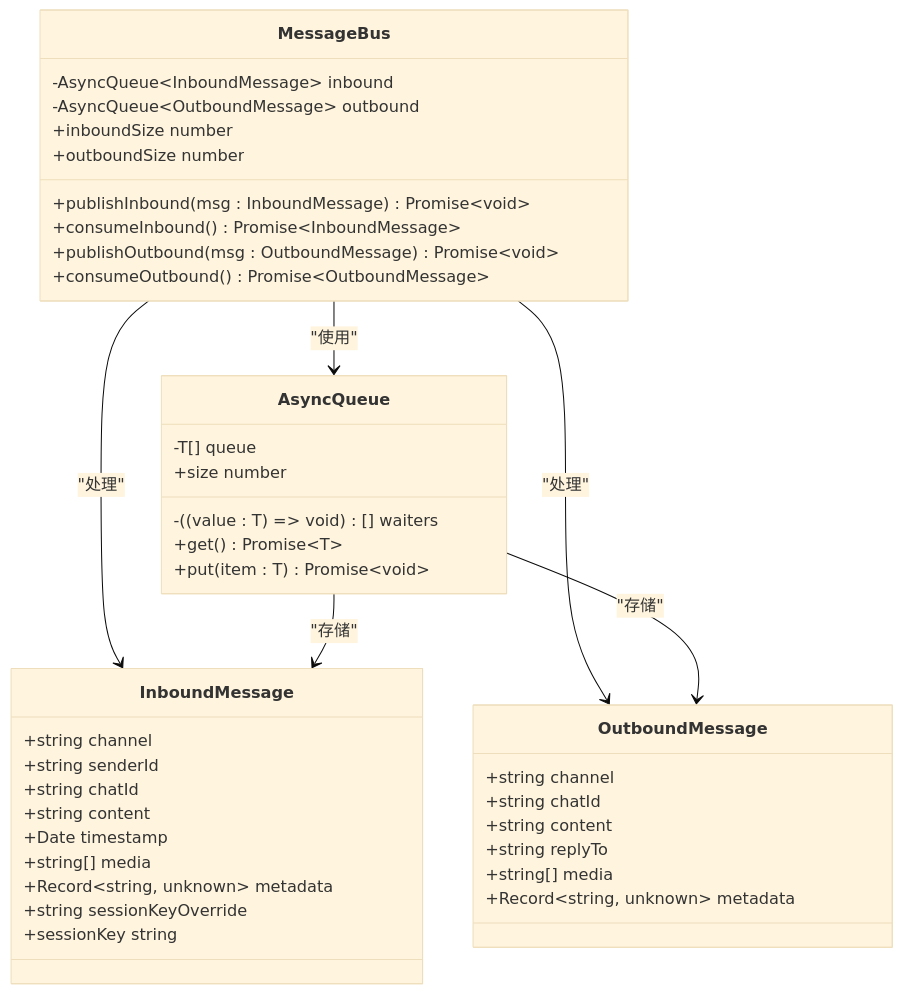
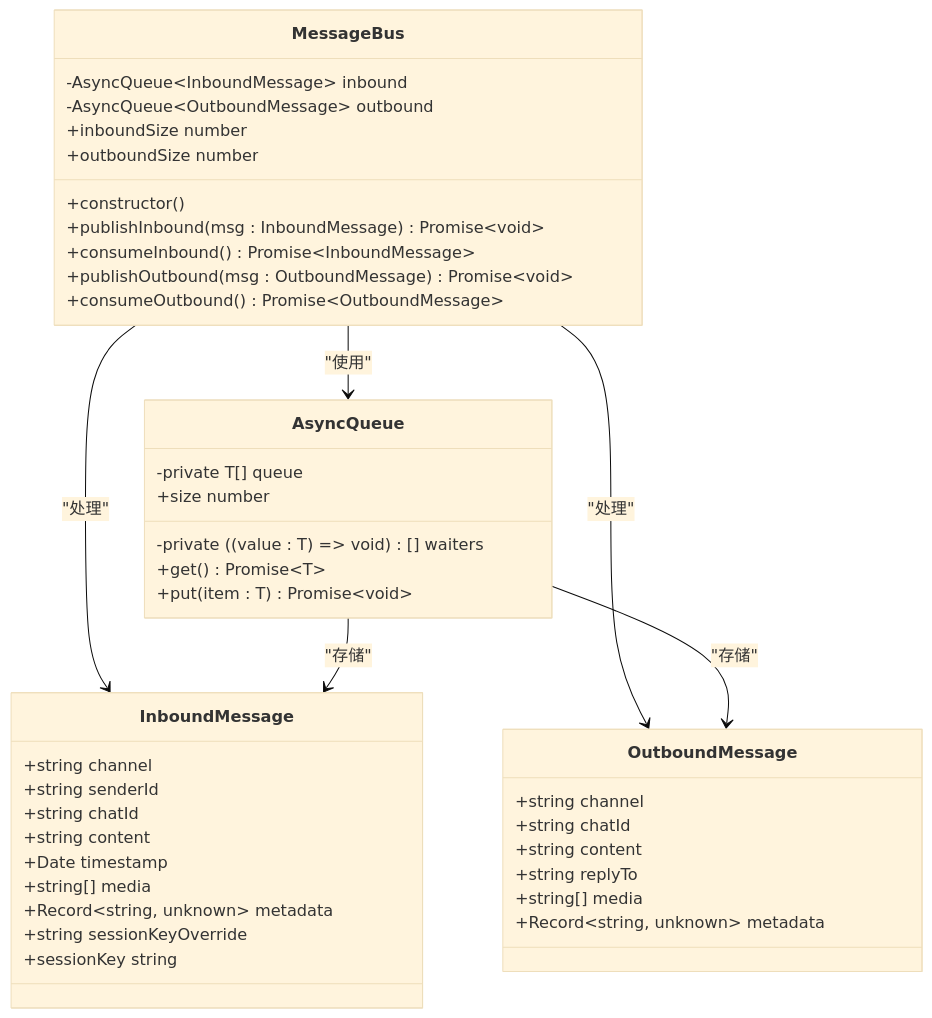
Before and after one commit to neciszhang/batbot: the sixth of 10 diagrams in .qoder/repowiki/zh/content/开发者指南/消息系统与总线.md, drawn with Mermaid (base theme). The commit also changed other lines of this file and 13 other files, not shown here.

````diff
--- a/.qoder/repowiki/zh/content/开发者指南/消息系统与总线.md
+++ b/.qoder/repowiki/zh/content/开发者指南/消息系统与总线.md
@@ -257,44 +279,45 @@
 ```mermaid
 classDiagram
 class MessageBus {
 -AsyncQueue~InboundMessage~ inbound
 -AsyncQueue~OutboundMessage~ outbound
++constructor()
 +publishInbound(msg : InboundMessage) Promise~void~
 +consumeInbound() Promise~InboundMessage~
 +publishOutbound(msg : OutboundMessage) Promise~void~
 +consumeOutbound() Promise~OutboundMessage~
 +inboundSize number
 +outboundSize number
 }
 class AsyncQueue {
--T[] queue
--((value : T) => void)[] waiters
+-private T[] queue
+-private ((value : T) => void)[] waiters
 +get() Promise~T~
 +put(item : T) Promise~void~
 +size number
 }
 class InboundMessage {
 +string channel
 +string senderId
 +string chatId
 +string content
 +Date timestamp
 +string[] media
 +Record~string, unknown~ metadata
 +string sessionKeyOverride
 +sessionKey string
 }
 class OutboundMessage {
 +string channel
 +string chatId
 +string content
 +string replyTo
 +string[] media
 +Record~string, unknown~ metadata
 }
 MessageBus --> AsyncQueue : "使用"
 MessageBus --> InboundMessage : "处理"
 MessageBus --> OutboundMessage : "处理"
 AsyncQueue --> InboundMessage : "存储"
 AsyncQueue --> OutboundMessage : "存储"
 ```
````
